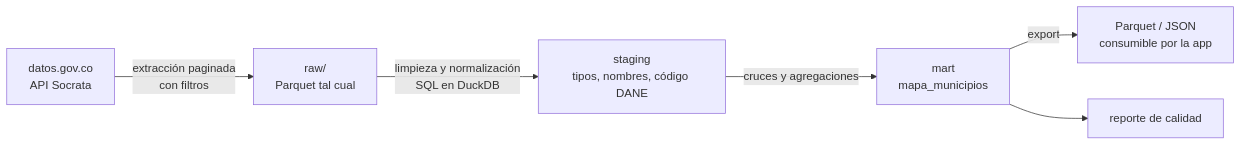
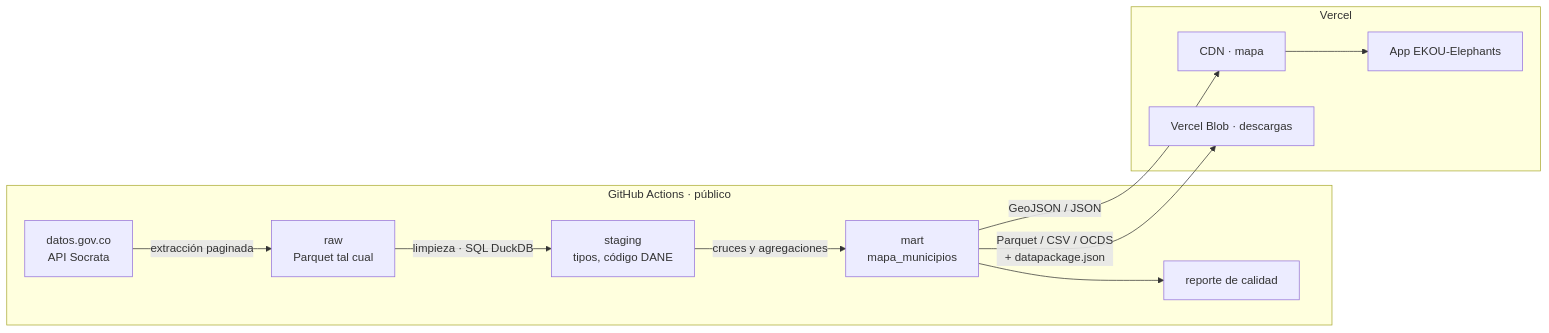
One commit to EKOU-Solutions/EKOU-Elephants changed the diagram in docs/adr/0001-ingesta-de-datos.md. Above: the diagram before and after it, drawn with Mermaid. The commit also changed other lines of this file, not shown here.

First line of the commit message:
ADR 0001: ajustar a despliegue en Vercel y estándares abiertos

````diff
--- a/docs/adr/0001-ingesta-de-datos.md
+++ b/docs/adr/0001-ingesta-de-datos.md
@@ -82,8 +115,14 @@
 ```mermaid
 flowchart LR
-  API[datos.gov.co<br/>API Socrata] -->|extracción paginada<br/>con filtros| RAW[raw/<br/>Parquet tal cual]
-  RAW -->|limpieza y normalización<br/>SQL en DuckDB| STG[staging<br/>tipos, nombres, código DANE]
-  STG -->|cruces y agregaciones| MART[mart<br/>mapa_municipios]
-  MART -->|export| OUT[Parquet / JSON<br/>consumible por la app]
-  MART --> QA[reporte de calidad]
+  subgraph GH[GitHub Actions · público]
+    API[datos.gov.co<br/>API Socrata] -->|extracción paginada| RAW[raw<br/>Parquet tal cual]
+    RAW -->|limpieza · SQL DuckDB| STG[staging<br/>tipos, código DANE]
+    STG -->|cruces y agregaciones| MART[mart<br/>mapa_municipios]
+    MART --> QA[reporte de calidad]
+  end
+  subgraph V[Vercel]
+    MART -->|GeoJSON / JSON| CDN[CDN · mapa]
+    MART -->|Parquet / CSV / OCDS<br/>+ datapackage.json| BLOB[Vercel Blob · descargas]
+    CDN --> APP[App EKOU-Elephants]
+  end
 ```
````
